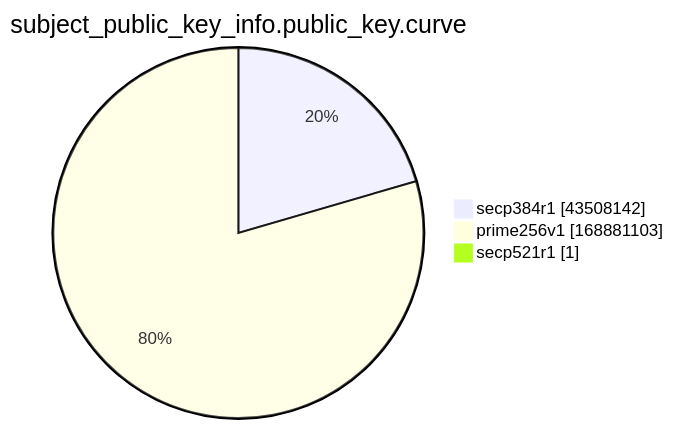
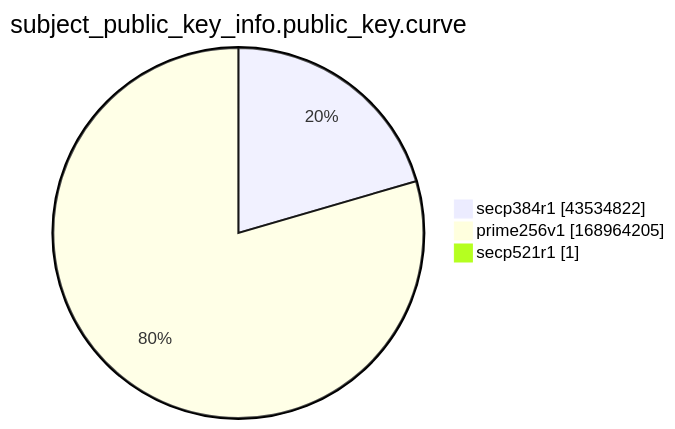
Before and after one commit to christiankrug/ctmonitor_visualization: the ninth of 15 diagrams in xenon2022/README.md, drawn with Mermaid. The commit also changed other lines of this file, not shown here.

````diff
--- a/xenon2022/README.md
+++ b/xenon2022/README.md
@@ -2870,7 +2870,7 @@
 ```mermaid
 pie showData
 title subject_public_key_info.public_key.curve
-"secp384r1" :43508142
-"prime256v1" :168881103
+"secp384r1" :43534822
+"prime256v1" :168964205
 "secp521r1" :1
 ```
````
